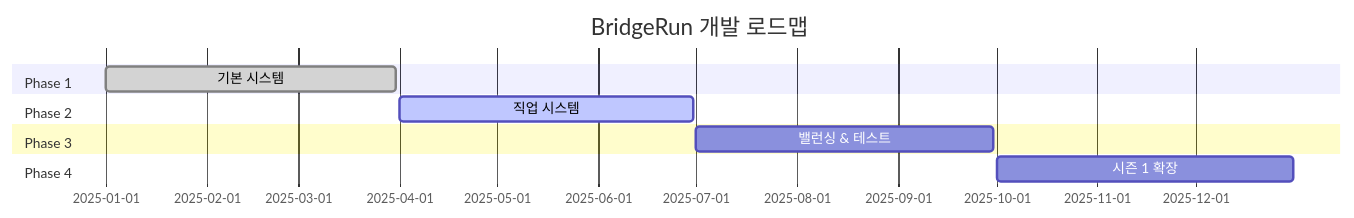
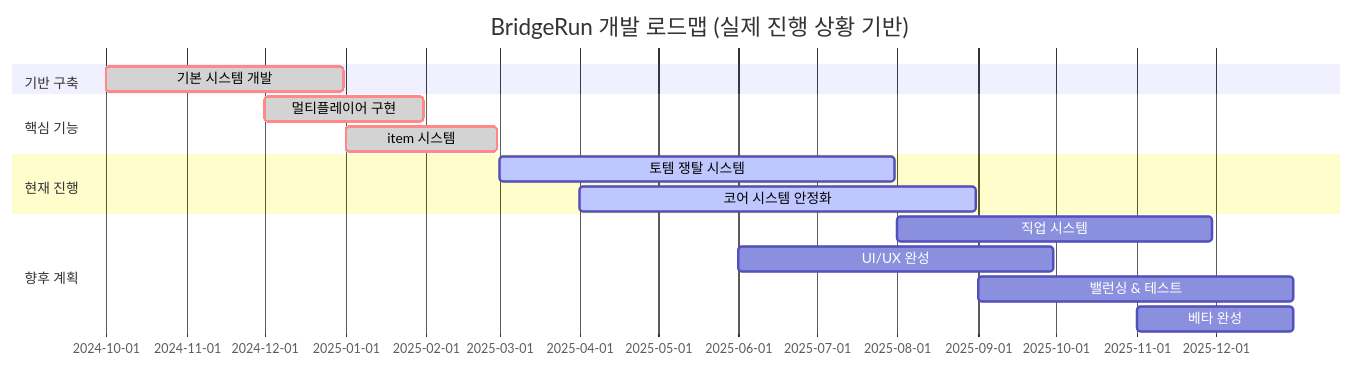
Before and after one commit to genwo123/BridgeRun: the diagram in README.md, drawn with Mermaid. The commit also changed other lines of this file, not shown here.

````diff
--- a/README.md
+++ b/README.md
@@ -63,13 +66,22 @@
 ```mermaid
 gantt
-    title BridgeRun 개발 로드맵
+    title BridgeRun 개발 로드맵 (실제 진행 상황 기반)
     dateFormat  YYYY-MM-DD
-    section Phase 1
-    기본 시스템      :done,    p1, 2025-01-01, 2025-03-31
-    section Phase 2  
-    직업 시스템      :active,  p2, 2025-04-01, 2025-06-30
-    section Phase 3
-    밸런싱 & 테스트   :         p3, 2025-07-01, 2025-09-30
-    section Phase 4
-    시즌 1 확장      :         p4, 2025-10-01, 2025-12-31
+    
+    section 기반 구축
+    기본 시스템 개발     :crit, done, foundation, 2024-10-01, 2024-12-31
+    
+    section 핵심 기능
+    멀티플레이어 구현    :crit, done, network, 2024-12-01, 2025-01-31
+    item 시스템         :crit, done, items, 2025-01-01, 2025-02-28
+    
+    section 현재 진행
+    토템 쟁탈 시스템     :active,  totems, 2025-03-01, 2025-07-31
+    코어 시스템 안정화   :active,  core, 2025-04-01, 2025-08-31
+    
+    section 향후 계획
+    직업 시스템         :         jobs, 2025-08-01, 2025-11-30
+    UI/UX 완성         :         ui, 2025-06-01, 2025-09-30
+    밸런싱 & 테스트     :         balance, 2025-09-01, 2025-12-31
+    베타 완성          :         beta, 2025-11-01, 2025-12-31
 ```
````
